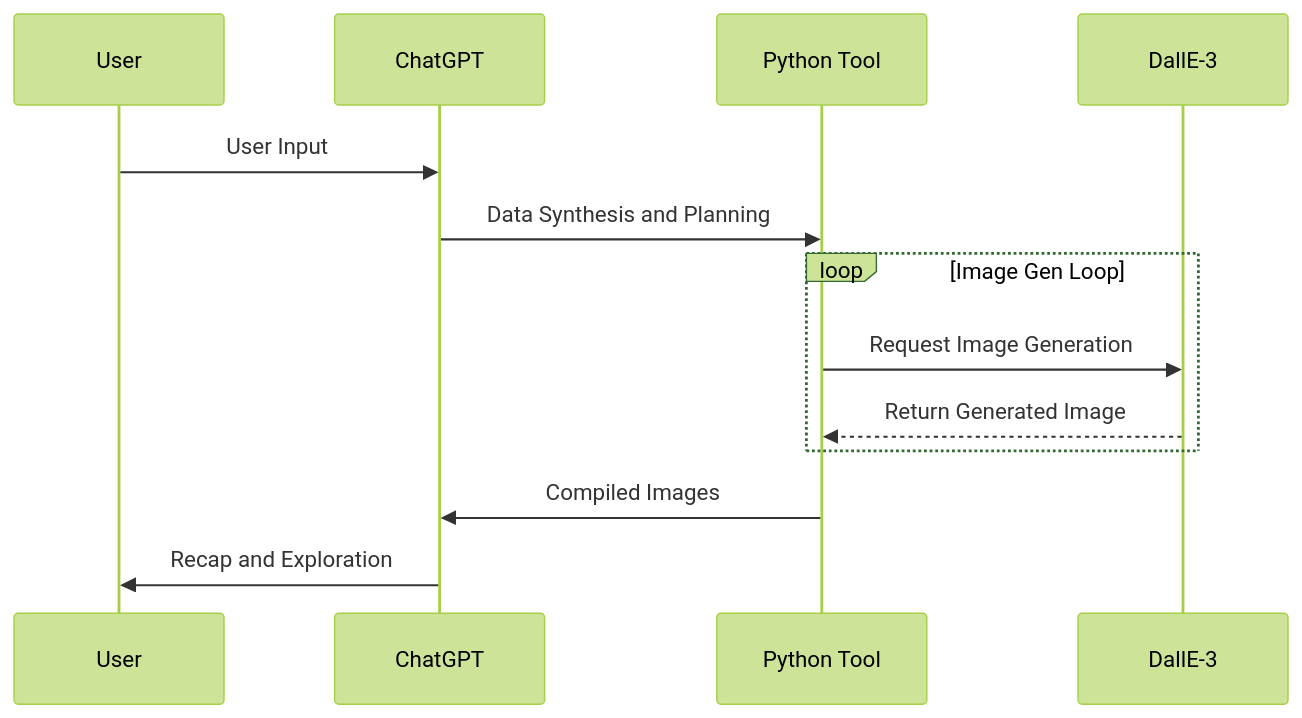
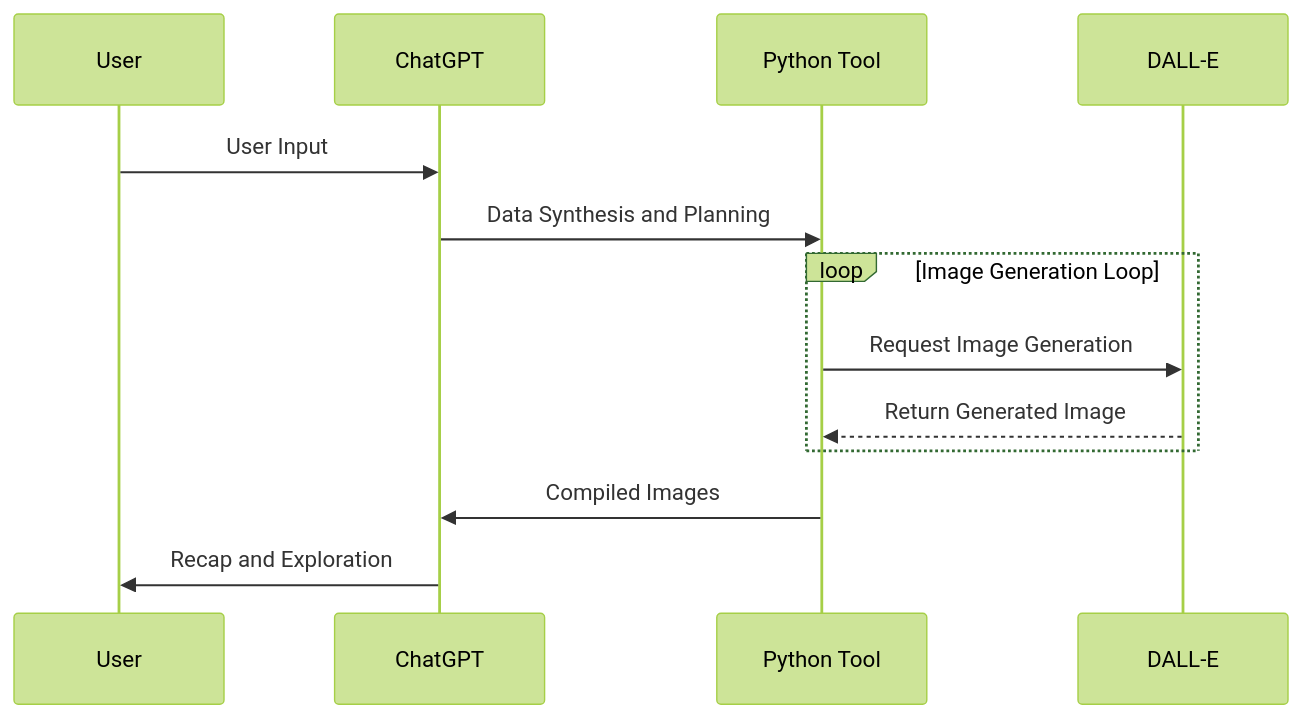
One commit to nerority/Advanced-GPTs changed the tenth of 10 diagrams in README.md. Above: the diagram before and after it, drawn with Mermaid (forest theme). The commit also changed other lines of this file, not shown here.

````diff
--- a/README.md
+++ b/README.md
@@ -574,16 +578,16 @@
 ```mermaid
 sequenceDiagram
     participant User
     participant ChatGPT
     participant PythonTool as Python Tool
-    participant DallE as DallE-3
+    participant DallE as DALL-E
 
     User->>ChatGPT: User Input
     ChatGPT->>PythonTool: Data Synthesis and Planning
-    loop Image Gen Loop
+    loop Image Generation Loop
         PythonTool->>DallE: Request Image Generation
         DallE-->>PythonTool: Return Generated Image
     end
     PythonTool->>ChatGPT: Compiled Images
     ChatGPT->>User: Recap and Exploration
 ```
````
